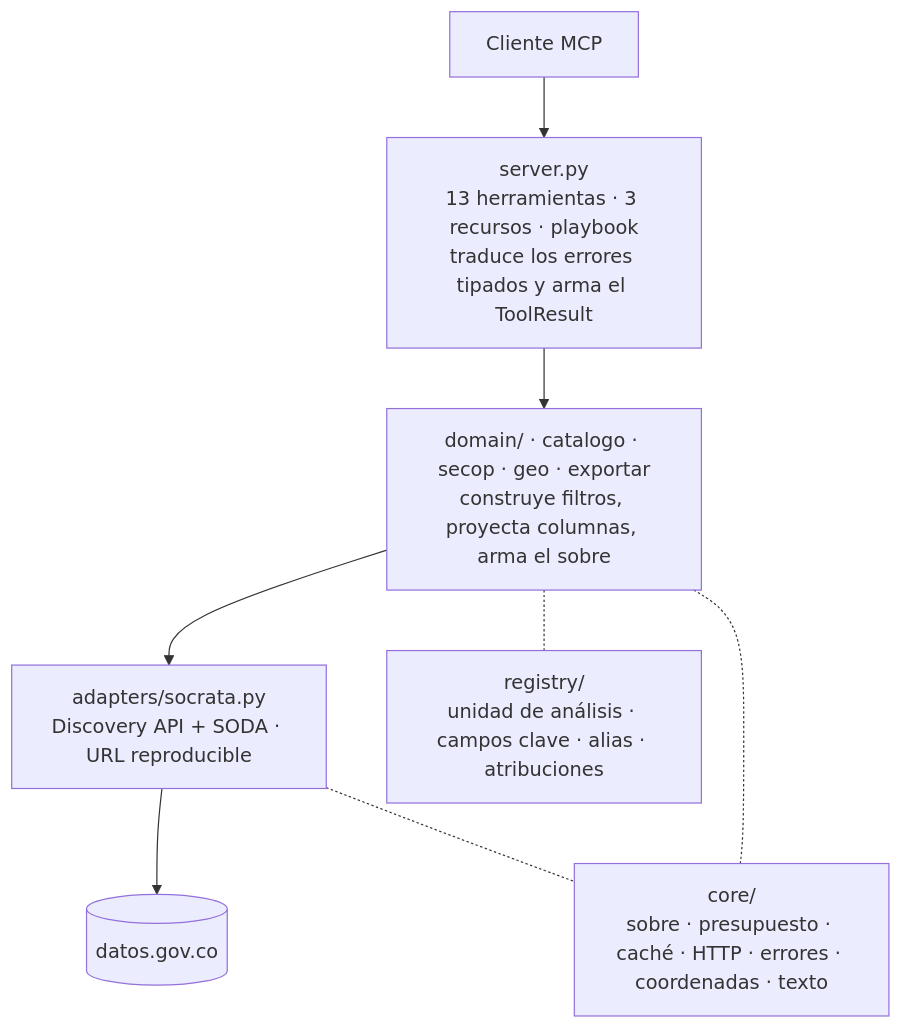
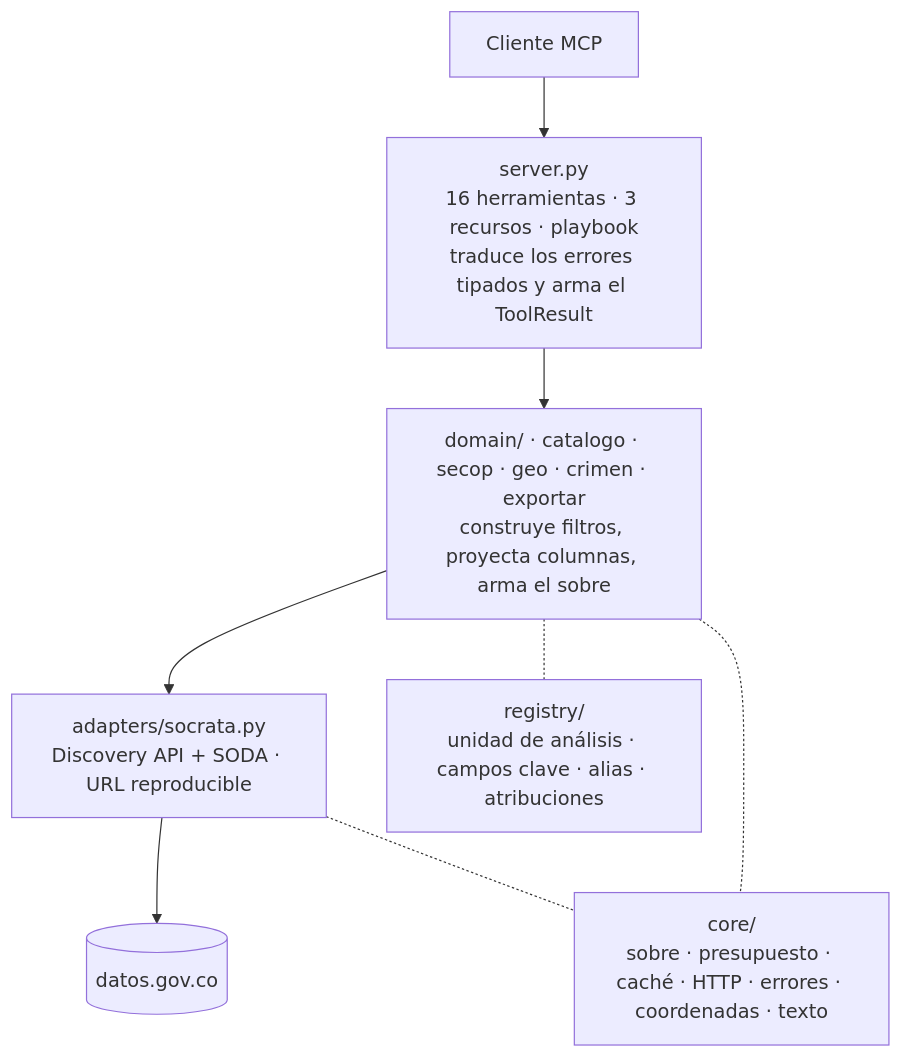
One commit to manuelcastiblan/colombia-datos-mcp changed the first of 2 diagrams in docs/arquitectura.md. Above: the diagram before and after it, drawn with Mermaid. The commit also changed other lines of this file and 5 other files, not shown here.

````diff
--- a/docs/arquitectura.md
+++ b/docs/arquitectura.md
@@ -6,15 +6,15 @@
 ```mermaid
 flowchart TD
     cliente["Cliente MCP"]
-    server["server.py<br/>13 herramientas · 3 recursos · playbook<br/>traduce los errores tipados y arma el ToolResult"]
-    dominio["domain/ · catalogo · secop · geo · exportar<br/>construye filtros, proyecta columnas, arma el sobre"]
+    server["server.py<br/>16 herramientas · 3 recursos · playbook<br/>traduce los errores tipados y arma el ToolResult"]
+    dominio["domain/ · catalogo · secop · geo · crimen · exportar<br/>construye filtros, proyecta columnas, arma el sobre"]
     adaptador["adapters/socrata.py<br/>Discovery API + SODA · URL reproducible"]
     fuente[("datos.gov.co")]
     registro["registry/<br/>unidad de análisis · campos clave · alias · atribuciones"]
     nucleo["core/<br/>sobre · presupuesto · caché · HTTP · errores · coordenadas · texto"]
 
     cliente --> server --> dominio --> adaptador --> fuente
     dominio -.- registro
     dominio -.- nucleo
     adaptador -.- nucleo
 ```
````
